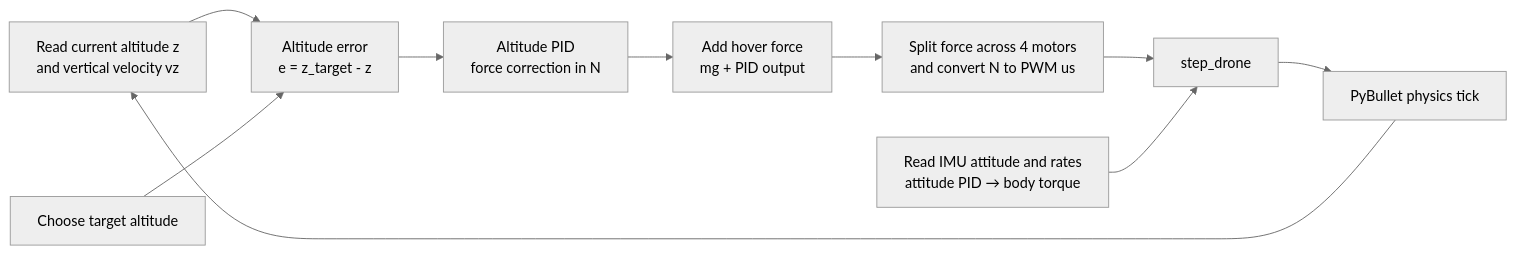
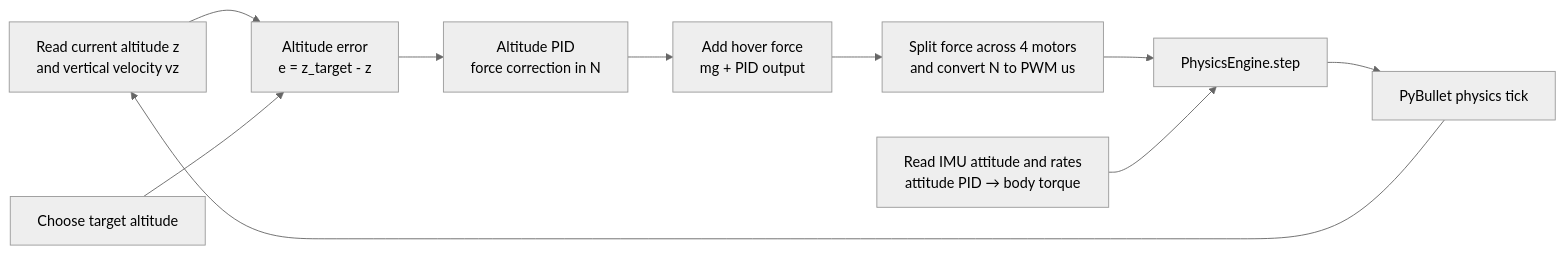
The diagram in docs/modules/06-autonomous-hover/index.md (amire2000/drone-physics-and-simulation-course), drawn with Mermaid (neutral theme) before and after one commit. The commit also changed other lines of this file and 30 other files, not shown here.

Commit message:
refactor shared drone physics engine

````diff
--- a/docs/modules/06-autonomous-hover/index.md
+++ b/docs/modules/06-autonomous-hover/index.md
@@ -112,16 +113,16 @@
 ```mermaid
 flowchart LR
     state[Read current altitude z<br/>and vertical velocity vz]
     target[Choose target altitude]
     error[Altitude error<br/>e = z_target - z]
     altitude_pid[Altitude PID<br/>force correction in N]
     weight[Add hover force<br/>mg + PID output]
     pwm[Split force across 4 motors<br/>and convert N to PWM us]
     attitude[Read IMU attitude and rates<br/>attitude PID → body torque]
-    step[step_drone]
+    step[PhysicsEngine.step]
     physics[PyBullet physics tick]
     state --> error
     target --> error
     error --> altitude_pid --> weight --> pwm --> step --> physics --> state
     attitude --> step
 ```
````
